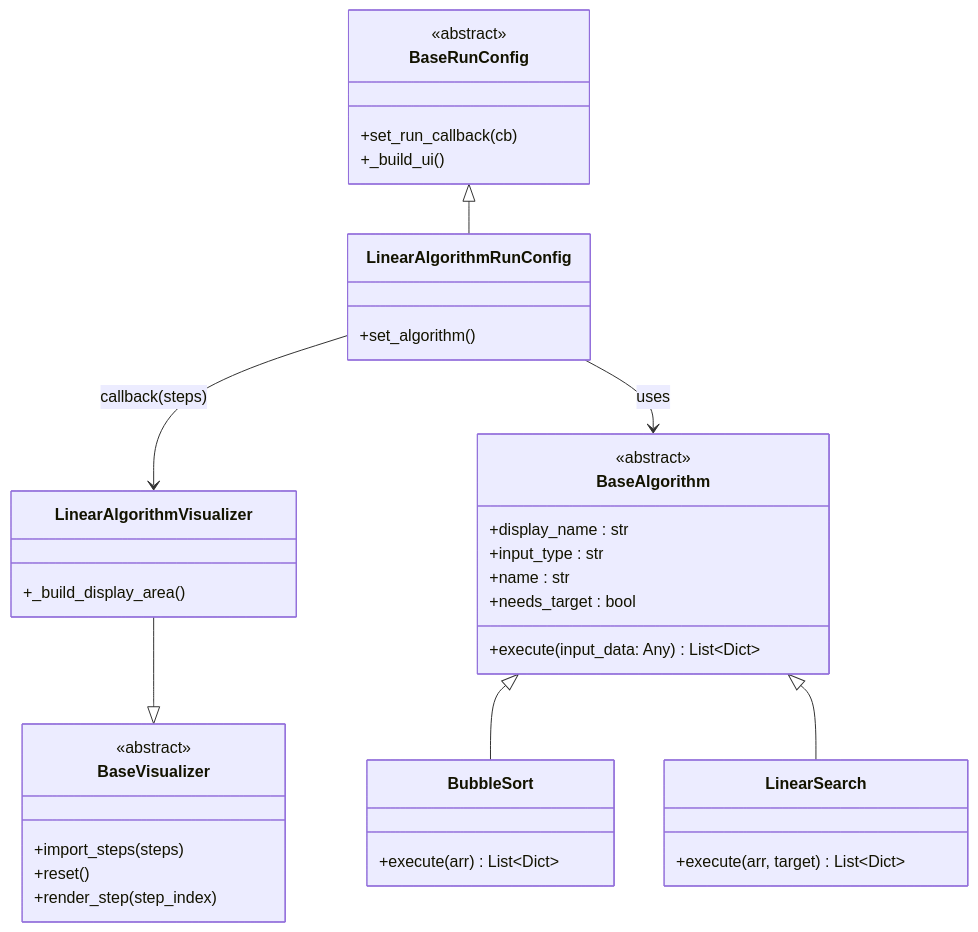
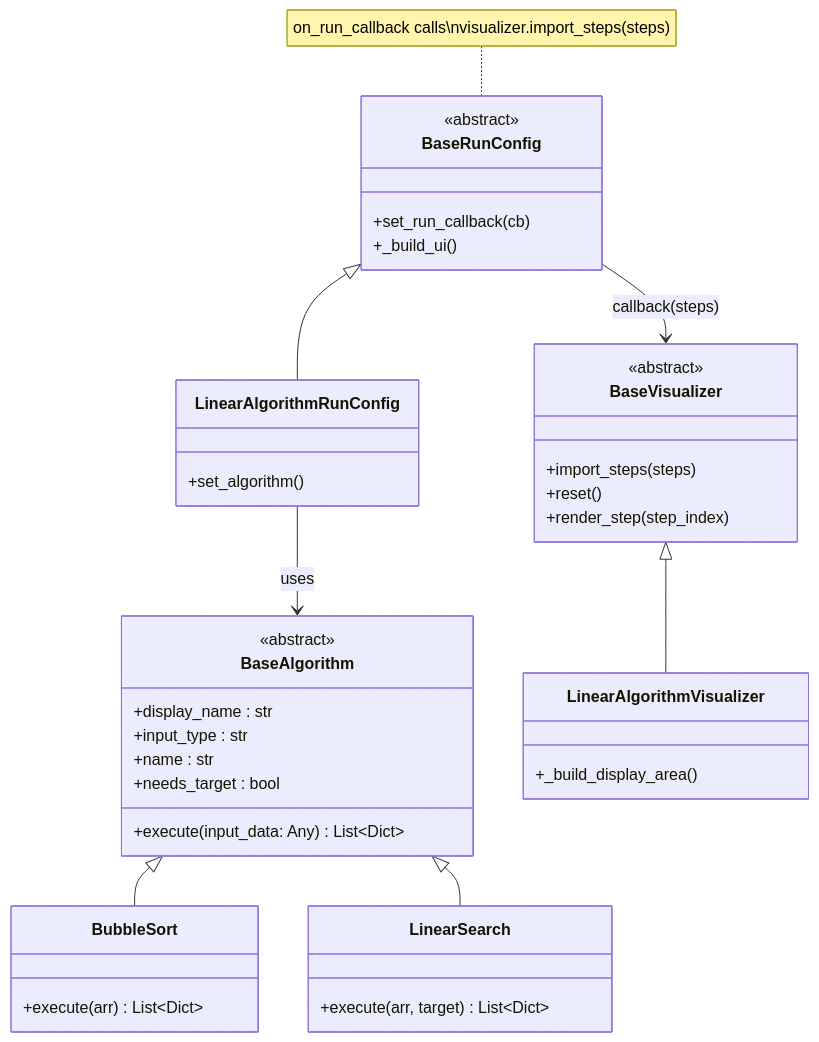
One commit to Group-8-DSA-Visualizer/DSA-Visualizer-Wiki changed the fourth of 4 diagrams in docs/architecture.md. Above: the diagram before and after it, drawn with Mermaid.

````diff
--- a/docs/architecture.md
+++ b/docs/architecture.md
@@ -77,45 +77,47 @@
 ```mermaid
 classDiagram
     direction TB
 
     class BaseAlgorithm {
         <<abstract>>
         +display_name : str
         +input_type : str
         +name : str
         +needs_target : bool
         +execute(input_data: Any) List~Dict~
     }
     class BubbleSort {
         +execute(arr) List~Dict~
     }
     class LinearSearch {
         +execute(arr, target) List~Dict~
     }
     BaseAlgorithm <|-- BubbleSort
     BaseAlgorithm <|-- LinearSearch
 
     class BaseRunConfig {
         <<abstract>>
         +set_run_callback(cb)
         +_build_ui()
     }
     class LinearAlgorithmRunConfig {
         +set_algorithm()
     }
     BaseRunConfig <|-- LinearAlgorithmRunConfig
 
-    class LinearAlgorithmVisualizer {
-        +_build_display_area()
-    }
     class BaseVisualizer {
         <<abstract>>
         +import_steps(steps)
         +reset()
         +render_step(step_index)
     }
-    LinearAlgorithmVisualizer --|> BaseVisualizer
+    class LinearAlgorithmVisualizer {
+        +_build_display_area()
+    }
+    BaseVisualizer <|-- LinearAlgorithmVisualizer
 
-    LinearAlgorithmRunConfig --> LinearAlgorithmVisualizer : callback(steps)
+    BaseRunConfig --> BaseVisualizer : callback(steps)
+    note for BaseRunConfig "on_run_callback calls\nvisualizer.import_steps(steps)"
+
     LinearAlgorithmRunConfig --> BaseAlgorithm : uses
 ```
````
